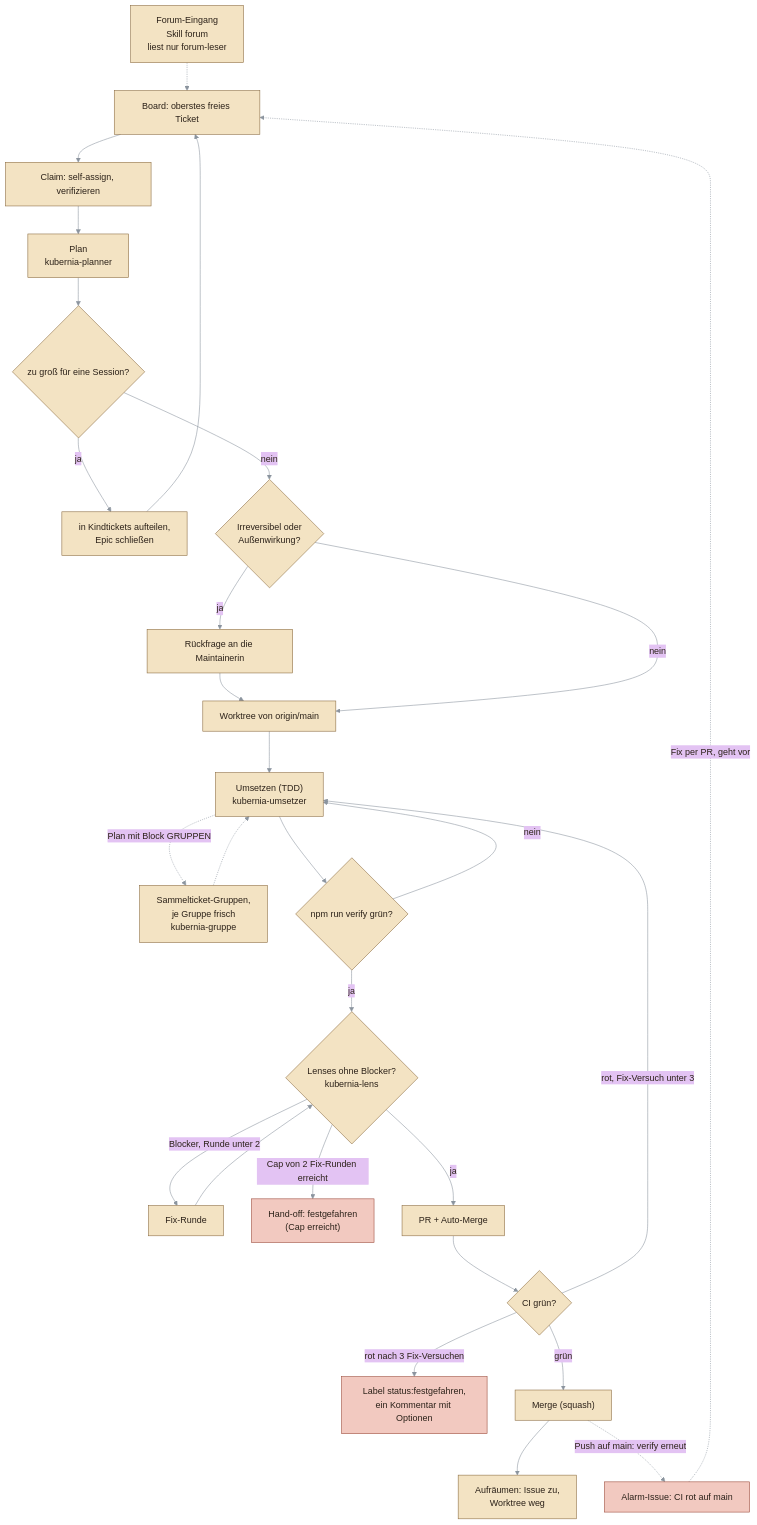
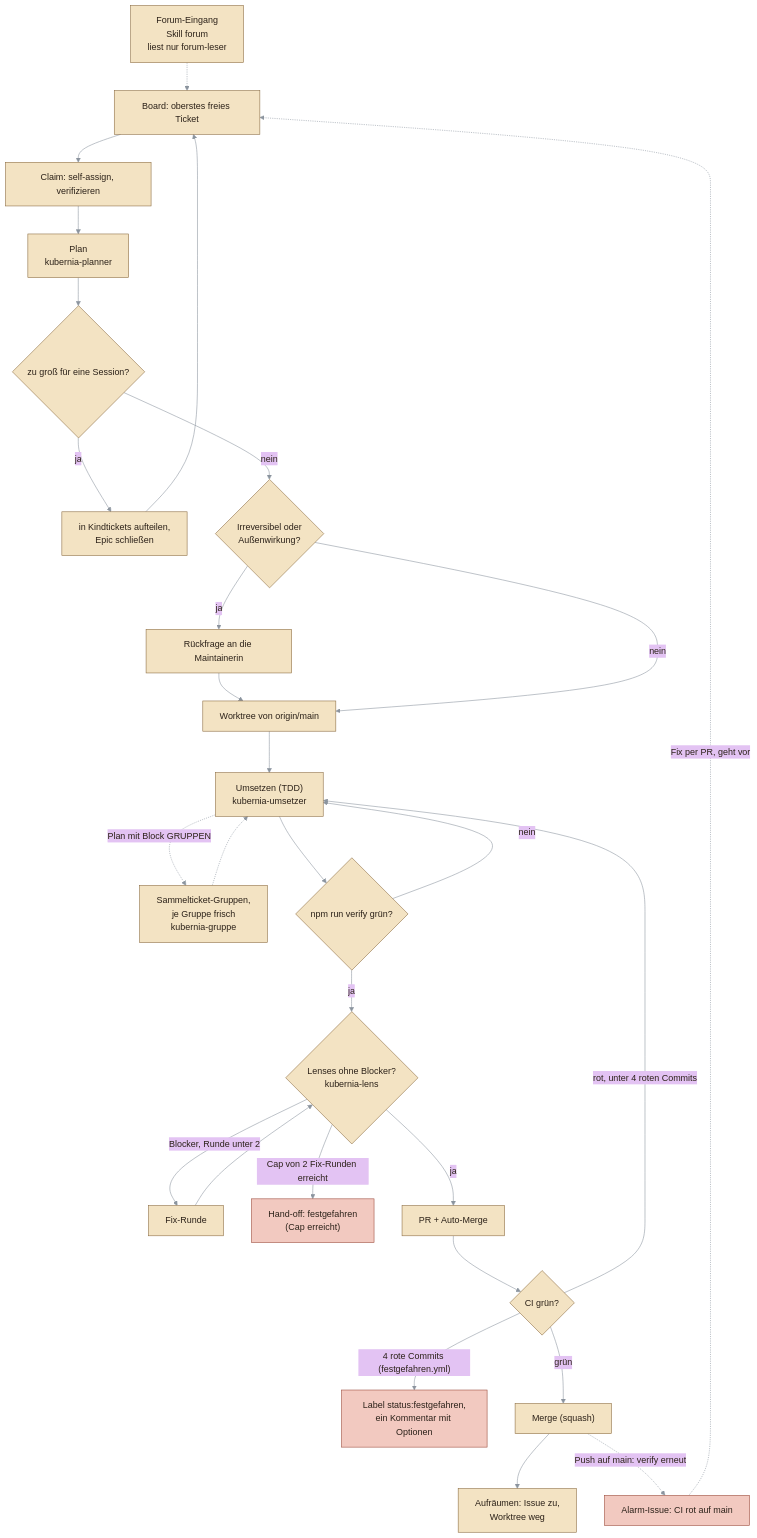
Before and after one commit to fluffels/kubernia: the first of 3 diagrams in README.md, drawn with Mermaid. The commit also changed other lines of this file and 74 other files, not shown here.

````diff
--- a/README.md
+++ b/README.md
@@ -42,61 +42,61 @@
 ```mermaid
 ---
 config:
   theme: base
   look: classic
   layout: dagre
   themeVariables:
     lineColor: "#8b949e"
     primaryColor: "#f3e3c3"
     primaryTextColor: "#2b2118"
     primaryBorderColor: "#8a6a3f"
 ---
 flowchart TD
   board["Board: oberstes freies Ticket"]
   claim["Claim: self-assign, verifizieren"]
   wt["Worktree von origin/main"]
   plan["Plan<br/>kubernia-planner"]
   epic{"zu groß für eine Session?"}
   kinder["in Kindtickets aufteilen,<br/>Epic schließen"]
   pre{"Irreversibel oder<br/>Außenwirkung?"}
   frage["Rückfrage an die Maintainerin"]
   umsetzen["Umsetzen (TDD)<br/>kubernia-umsetzer"]
   gruppen["Sammelticket-Gruppen,<br/>je Gruppe frisch<br/>kubernia-gruppe"]
   verify{"npm run verify grün?"}
   lenses{"Lenses ohne Blocker?<br/>kubernia-lens"}
   fix["Fix-Runde"]
   handoff["Hand-off: festgefahren<br/>(Cap erreicht)"]
   pr["PR + Auto-Merge"]
   ci{"CI grün?"}
   fest["Label status:festgefahren,<br/>ein Kommentar mit Optionen"]
   merge["Merge (squash)"]
   cleanup["Aufräumen: Issue zu,<br/>Worktree weg"]
   alarm["Alarm-Issue: CI rot auf main"]
   forum["Forum-Eingang<br/>Skill forum<br/>liest nur forum-leser"]
 
   board --> claim --> plan --> epic
   epic -- ja --> kinder --> board
   epic -- nein --> pre
   pre -- ja --> frage --> wt
   pre -- nein --> wt
   wt --> umsetzen
   umsetzen --> verify
   umsetzen -.->|"Plan mit Block GRUPPEN"| gruppen -.-> umsetzen
   verify -- nein --> umsetzen
   verify -- ja --> lenses
   lenses -- "Blocker, Runde unter 2" --> fix --> lenses
   lenses -- "Cap von 2 Fix-Runden erreicht" --> handoff
   lenses -- ja --> pr
   pr --> ci
-  ci -- "rot, Fix-Versuch unter 3" --> umsetzen
-  ci -- "rot nach 3 Fix-Versuchen" --> fest
+  ci -- "rot, unter 4 roten Commits" --> umsetzen
+  ci -- "4 rote Commits (festgefahren.yml)" --> fest
   ci -- grün --> merge --> cleanup
   merge -.->|"Push auf main: verify erneut"| alarm
   alarm -.->|"Fix per PR, geht vor"| board
   forum -.-> board
 
   classDef schleife fill:#f3e3c3,stroke:#8a6a3f,color:#2b2118
   classDef stopp fill:#f2c9c0,stroke:#9a4a3a,color:#2b2118
   class verify,lenses,ci schleife
   class handoff,fest,alarm stopp
 ```
````
